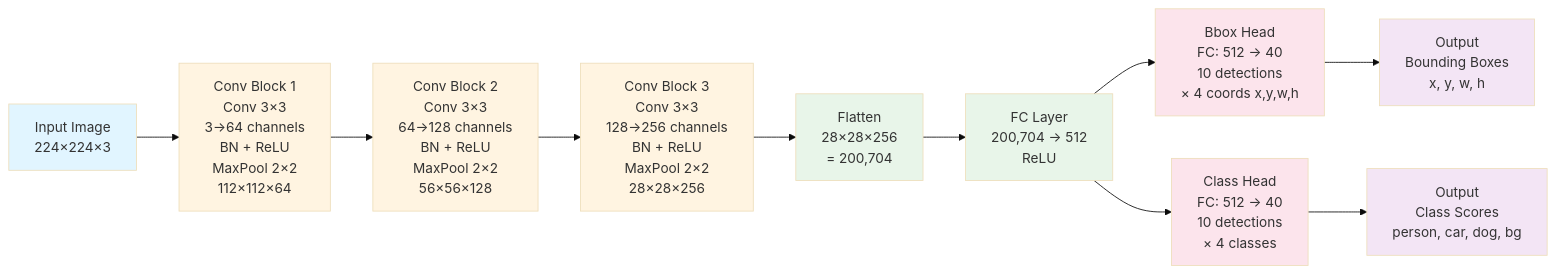
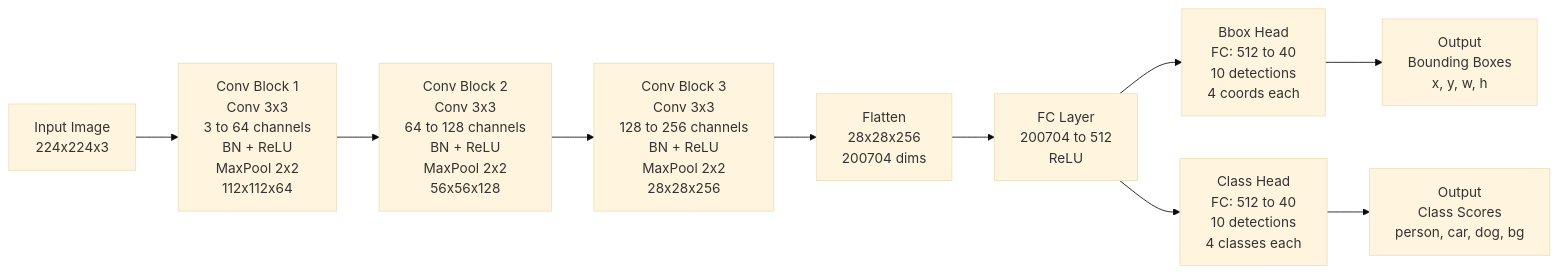
One commit to Rishivarshney100/Object-Detection-from-scratch changed the diagram in README.md. Above: the diagram before and after it, drawn with Mermaid (base theme).

````diff
--- a/README.md
+++ b/README.md
@@ -247,23 +247,12 @@
 ```mermaid
 graph LR
-    A[Input Image<br/>224×224×3] --> B[Conv Block 1<br/>Conv 3×3<br/>3→64 channels<br/>BN + ReLU<br/>MaxPool 2×2<br/>112×112×64]
-    B --> C[Conv Block 2<br/>Conv 3×3<br/>64→128 channels<br/>BN + ReLU<br/>MaxPool 2×2<br/>56×56×128]
-    C --> D[Conv Block 3<br/>Conv 3×3<br/>128→256 channels<br/>BN + ReLU<br/>MaxPool 2×2<br/>28×28×256]
-    D --> E[Flatten<br/>28×28×256<br/>= 200,704]
-    E --> F[FC Layer<br/>200,704 → 512<br/>ReLU]
-    F --> G[Bbox Head<br/>FC: 512 → 40<br/>10 detections<br/>× 4 coords x,y,w,h]
-    F --> H[Class Head<br/>FC: 512 → 40<br/>10 detections<br/>× 4 classes]
-    G --> I[Output<br/>Bounding Boxes<br/>x, y, w, h]
-    H --> J[Output<br/>Class Scores<br/>person, car, dog, bg]
-    
-    style A fill:#e1f5ff
-    style B fill:#fff4e1
-    style C fill:#fff4e1
-    style D fill:#fff4e1
-    style E fill:#e8f5e9
-    style F fill:#e8f5e9
-    style G fill:#fce4ec
-    style H fill:#fce4ec
-    style I fill:#f3e5f5
-    style J fill:#f3e5f5
+    A["Input Image<br/>224x224x3"] --> B["Conv Block 1<br/>Conv 3x3<br/>3 to 64 channels<br/>BN + ReLU<br/>MaxPool 2x2<br/>112x112x64"]
+    B --> C["Conv Block 2<br/>Conv 3x3<br/>64 to 128 channels<br/>BN + ReLU<br/>MaxPool 2x2<br/>56x56x128"]
+    C --> D["Conv Block 3<br/>Conv 3x3<br/>128 to 256 channels<br/>BN + ReLU<br/>MaxPool 2x2<br/>28x28x256"]
+    D --> E["Flatten<br/>28x28x256<br/>200704 dims"]
+    E --> F["FC Layer<br/>200704 to 512<br/>ReLU"]
+    F --> G["Bbox Head<br/>FC: 512 to 40<br/>10 detections<br/>4 coords each"]
+    F --> H["Class Head<br/>FC: 512 to 40<br/>10 detections<br/>4 classes each"]
+    G --> I["Output<br/>Bounding Boxes<br/>x, y, w, h"]
+    H --> J["Output<br/>Class Scores<br/>person, car, dog, bg"]
 ```
````
